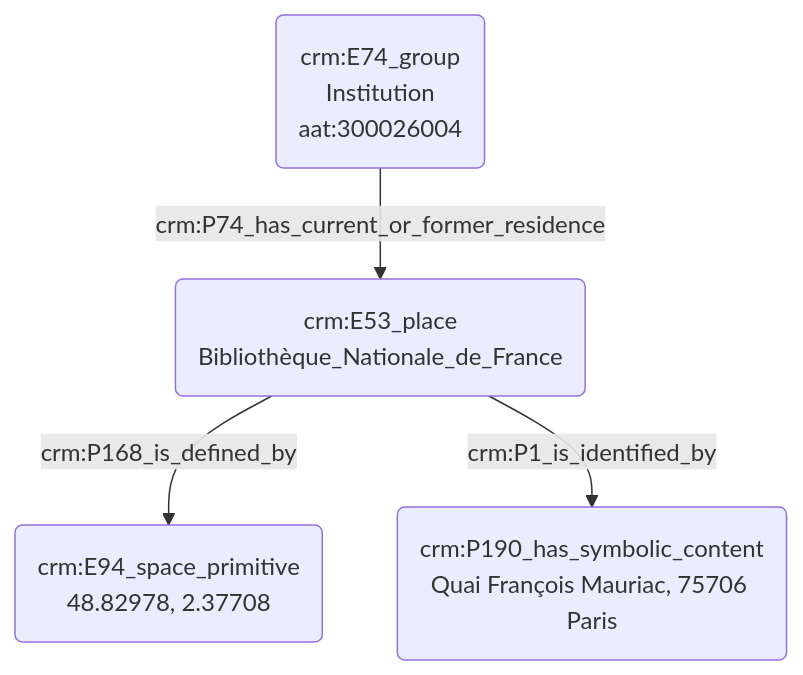
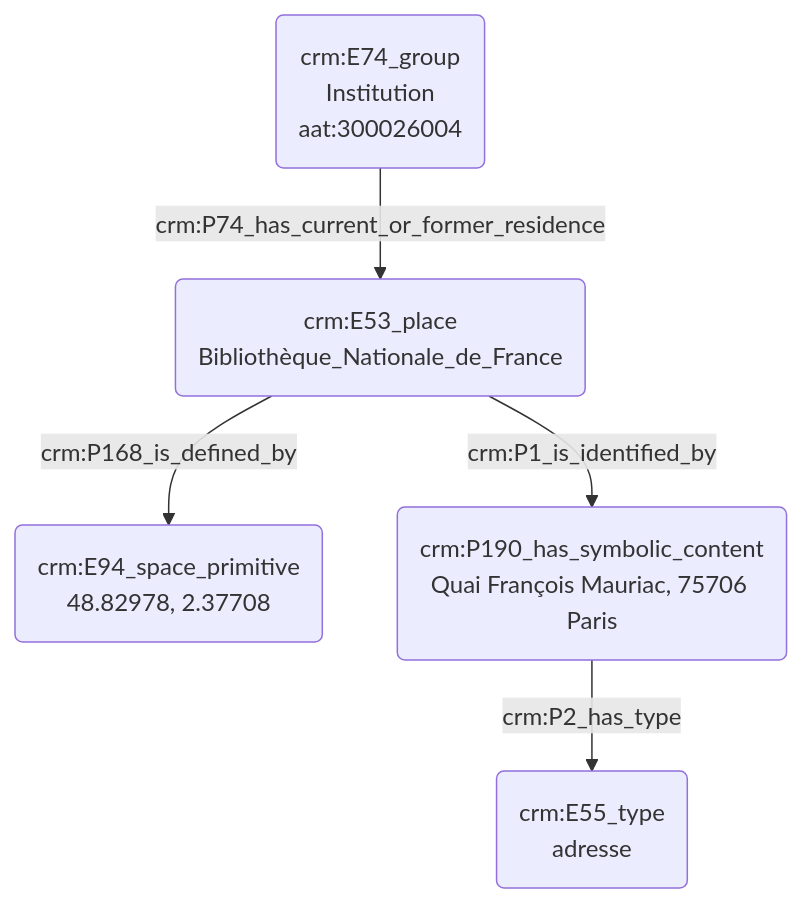
One commit to Amleth/consortium-musica2-gt2-ontologies changed the diagram in modules/livrables/Dossier 2/Indexation conceptuelle/indexation_d_un_lieu.md. Above: the diagram before and after it, drawn with Mermaid. The commit also changed other lines of this file, not shown here.

````diff
--- a/modules/livrables/Dossier 2/Indexation conceptuelle/indexation_d_un_lieu.md
+++ b/modules/livrables/Dossier 2/Indexation conceptuelle/indexation_d_un_lieu.md
@@ -13,9 +13,9 @@
 ```mermaid
 graph TD;
 
 A(crm:E53_place<br>Bibliothèque_Nationale_de_France) --> |crm:P168_is_defined_by| B(crm:E94_space_primitive<br>48.82978, 2.37708)
 C(crm:E74_group<br>Institution<br>aat:300026004) --> |crm:P74_has_current_or_former_residence| A(crm:E53_place<br>Bibliothèque_Nationale_de_France)
 A(crm:E53_place<br>Bibliothèque_Nationale_de_France) --> |crm:P1_is_identified_by| D(crm:P190_has_symbolic_content<br>Quai François Mauriac, 75706 Paris)
-
+D(crm:P190_has_symbolic_content<br>Quai François Mauriac, 75706 Paris) --> |crm:P2_has_type| E(crm:E55_type<br>adresse)
 
 ```
````
